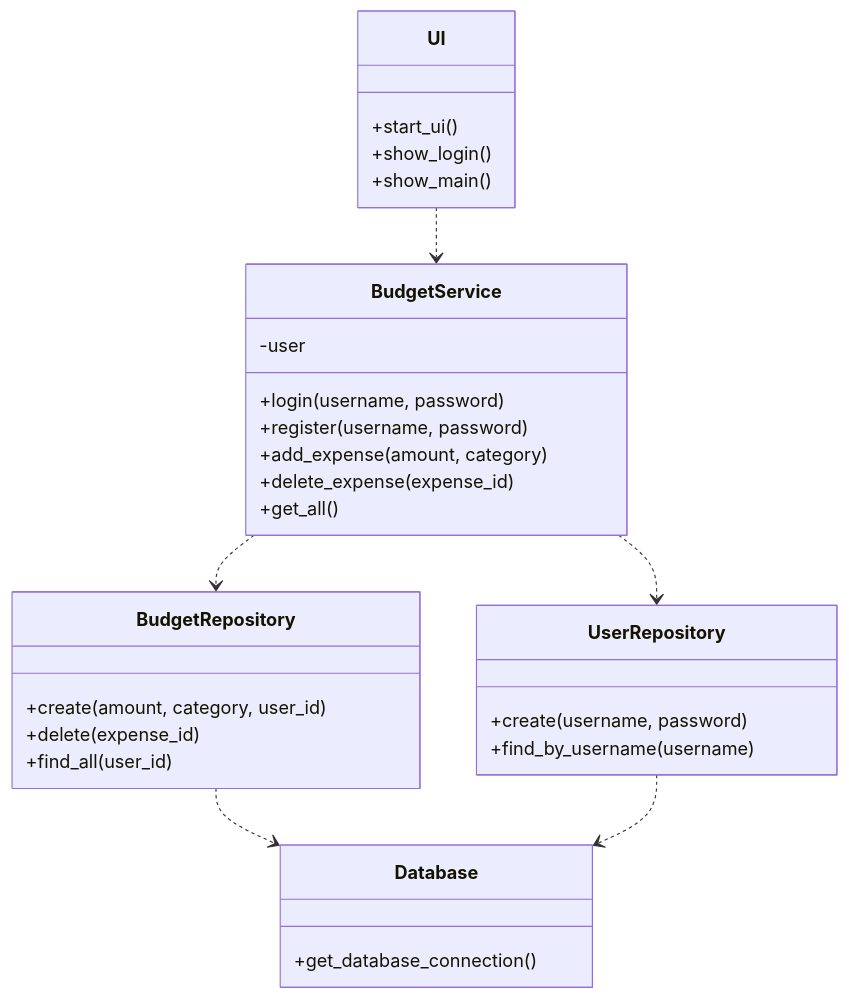
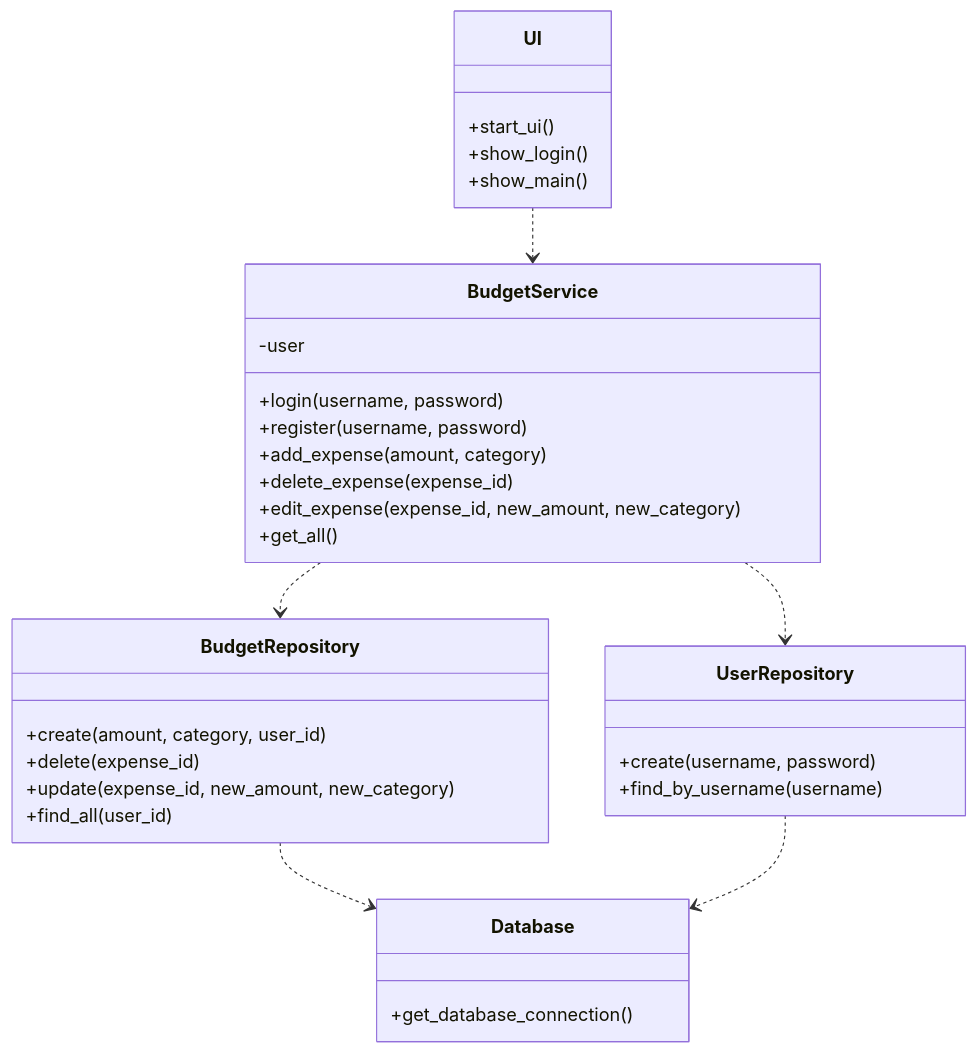
The first of 3 diagrams in dokumentaatiot/arkkitehtuuri.md (aiki0/budget-app), drawn with Mermaid before and after one commit. The commit also changed other lines of this file, not shown here.

````diff
--- a/dokumentaatiot/arkkitehtuuri.md
+++ b/dokumentaatiot/arkkitehtuuri.md
@@ -16,38 +35,40 @@
 ```mermaid
 classDiagram
     UI ..> BudgetService
     BudgetService ..> BudgetRepository
     BudgetService ..> UserRepository
     BudgetRepository ..> Database
     UserRepository ..> Database
 
     class UI {
         +start_ui()
         +show_login()
         +show_main()
     }
 
     class BudgetService {
         -user
         +login(username, password)
         +register(username, password)
         +add_expense(amount, category)
         +delete_expense(expense_id)
+        +edit_expense(expense_id, new_amount, new_category)
         +get_all()
     }
 
     class BudgetRepository {
         +create(amount, category, user_id)
         +delete(expense_id)
+        +update(expense_id, new_amount, new_category)
         +find_all(user_id)
     }
 
     class UserRepository {
         +create(username, password)
         +find_by_username(username)
     }
 
     class Database {
         +get_database_connection()
     }
 ```
````
